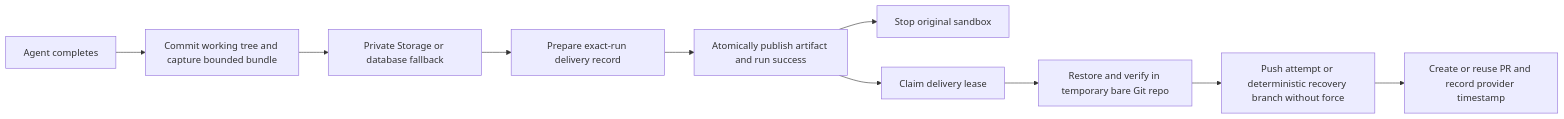
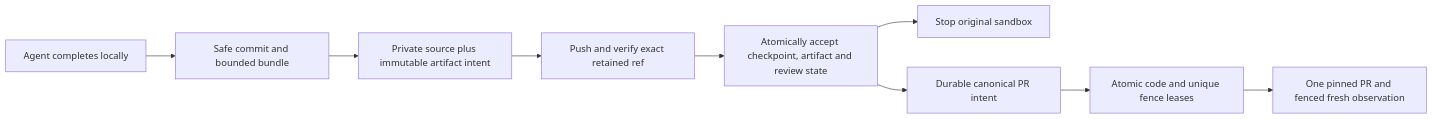
One commit to anantjain-xyz/wallie-dev changed the first of 2 diagrams in docs/WORKER-OPERATIONS.md. Above: the diagram before and after it, drawn with Mermaid. The commit also changed other lines of this file and 57 other files, not shown here.

````diff
--- a/docs/WORKER-OPERATIONS.md
+++ b/docs/WORKER-OPERATIONS.md
@@ -87,12 +136,11 @@
 ```mermaid
 flowchart LR
-  Agent[Agent completes] --> Capture[Commit working tree and capture bounded bundle]
-  Capture --> Store[Private Storage or database fallback]
-  Store --> Outbox[Prepare exact-run delivery record]
-  Outbox --> Publish[Atomically publish artifact and run success]
-  Publish --> Stop[Stop original sandbox]
-  Publish --> Claim[Claim delivery lease]
-  Claim --> Restore[Restore and verify in temporary bare Git repo]
-  Restore --> Push[Push attempt or deterministic recovery branch without force]
-  Push --> PR[Create or reuse PR and record provider timestamp]
+  Agent[Agent completes locally] --> Capture[Safe commit and bounded bundle]
+  Capture --> Intent[Private source plus immutable artifact intent]
+  Intent --> Retain[Push and verify exact retained ref]
+  Retain --> Adopt[Atomically accept checkpoint, artifact and review state]
+  Adopt --> Stop[Stop original sandbox]
+  Adopt --> Canonical[Durable canonical PR intent]
+  Canonical --> CAS[Atomic code and unique fence leases]
+  CAS --> PR[One pinned PR and fenced fresh observation]
 ```
````
